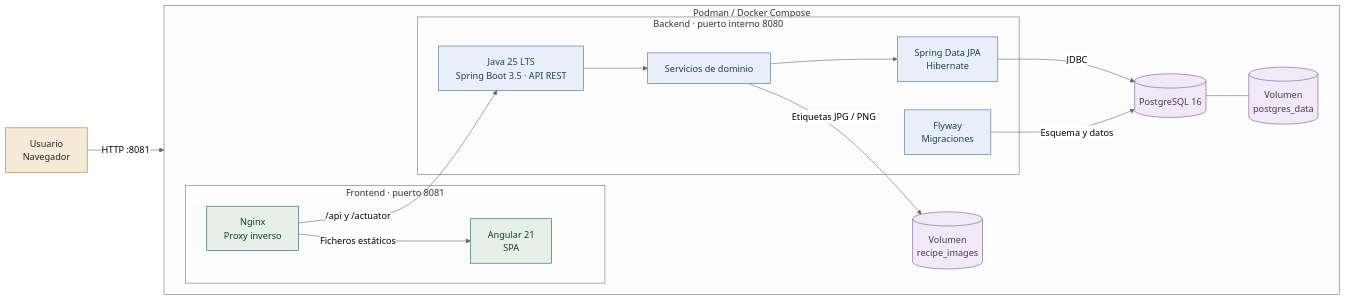
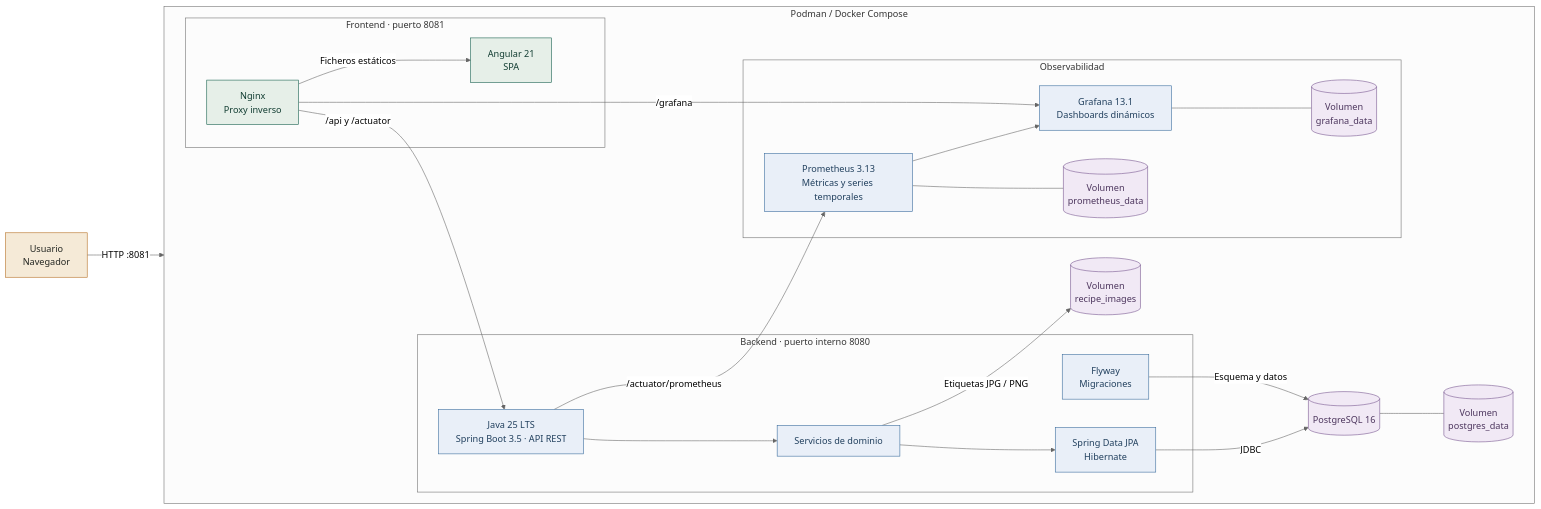
The first of 2 diagrams in README.md (josekero/beer_designer), drawn with Mermaid (neutral theme) before and after one commit. The commit also changed other lines of this file and 24 other files, not shown here.

````diff
--- a/README.md
+++ b/README.md
@@ -17,43 +18,56 @@
 ```mermaid
 flowchart LR
     user["Usuario<br/>Navegador"]
 
     subgraph runtime["Podman / Docker Compose"]
         direction LR
 
         subgraph frontend["Frontend · puerto 8081"]
             nginx["Nginx<br/>Proxy inverso"]
             angular["Angular 21<br/>SPA"]
             nginx -->|"Ficheros estáticos"| angular
         end
 
         subgraph backend["Backend · puerto interno 8080"]
             api["Java 25 LTS<br/>Spring Boot 3.5 · API REST"]
             services["Servicios de dominio"]
             jpa["Spring Data JPA<br/>Hibernate"]
             flyway["Flyway<br/>Migraciones"]
             api --> services --> jpa
         end
 
         postgres[("PostgreSQL 16")]
         dbVolume[("Volumen<br/>postgres_data")]
         imageVolume[("Volumen<br/>recipe_images")]
 
+        subgraph observability["Observabilidad"]
+            prometheus["Prometheus 3.13<br/>Métricas y series temporales"]
+            grafana["Grafana 13.1<br/>Dashboards dinámicos"]
+            prometheusVolume[("Volumen<br/>prometheus_data")]
+            grafanaVolume[("Volumen<br/>grafana_data")]
+            prometheus --> grafana
+            prometheus --- prometheusVolume
+            grafana --- grafanaVolume
+        end
+
         nginx -->|"/api y /actuator"| api
+        nginx -->|"/grafana"| grafana
         jpa -->|"JDBC"| postgres
         flyway -->|"Esquema y datos"| postgres
+        api -->|"/actuator/prometheus"| prometheus
         postgres --- dbVolume
         services -->|"Etiquetas JPG / PNG"| imageVolume
     end
 
     user -->|"HTTP :8081"| nginx
 
     classDef client fill:#f5ead7,stroke:#b46d1f,color:#242722
     classDef frontendNode fill:#e6efe8,stroke:#135e4b,color:#123d32
     classDef backendNode fill:#e9eff8,stroke:#376a9b,color:#203f5d
     classDef dataNode fill:#f1e9f5,stroke:#76548f,color:#4c355d
     class user client
     class nginx,angular frontendNode
     class api,services,jpa,flyway backendNode
-    class postgres,dbVolume,imageVolume dataNode
+    class prometheus,grafana backendNode
+    class postgres,dbVolume,imageVolume,prometheusVolume,grafanaVolume dataNode
 ```
````
